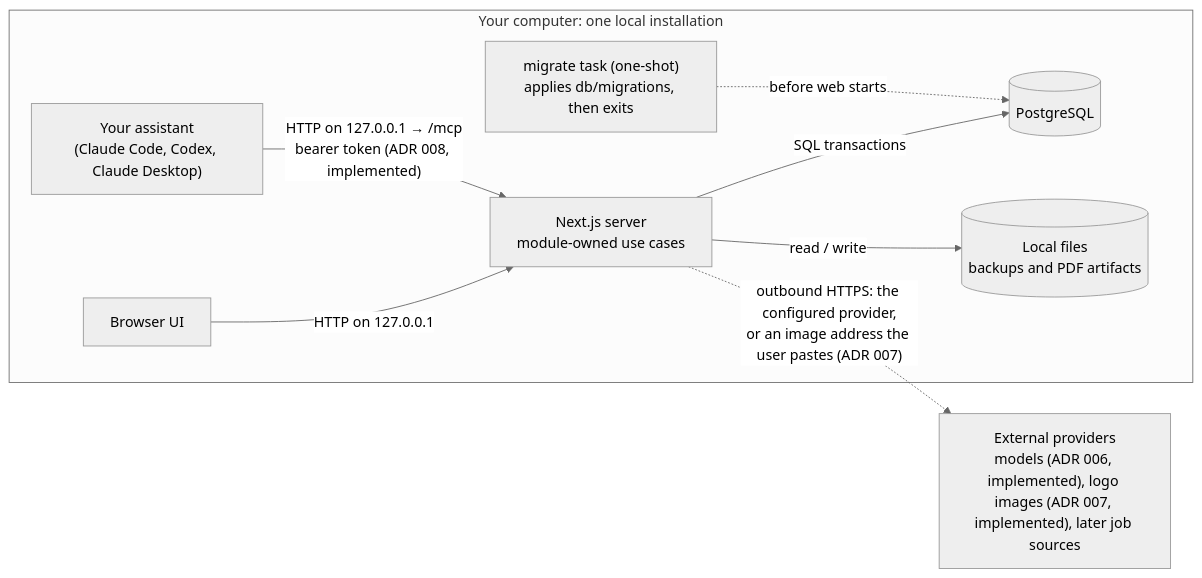
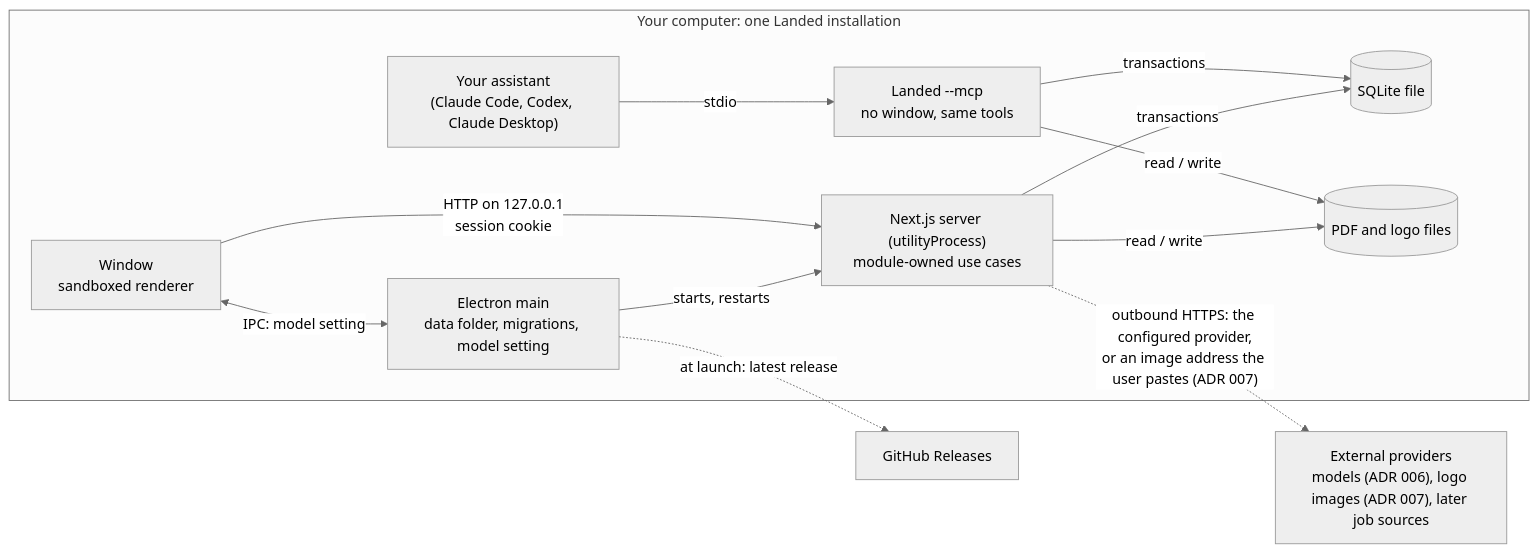
Before and after one commit to 3333444n/landed: the first of 2 diagrams in docs/03-system-and-modules.md, drawn with Mermaid (neutral theme). The commit also changed other lines of this file and 20 other files, not shown here.

Commit message:
docs: describe the desktop app, SQLite and stdio MCP as implemented

````diff
--- a/docs/03-system-and-modules.md
+++ b/docs/03-system-and-modules.md
@@ -15,11 +15,19 @@
 ```mermaid
 flowchart LR
-  subgraph local["Your computer: one local installation"]
-    browser["Browser UI"] -->|"HTTP on 127.0.0.1"| app["Next.js server<br/>module-owned use cases"]
-    assistant["Your assistant<br/>(Claude Code, Codex, Claude Desktop)"] -->|"HTTP on 127.0.0.1 → /mcp<br/>bearer token (ADR 008, implemented)"| app
-    app -->|"SQL transactions"| db[("PostgreSQL")]
-    app -->|"read / write"| files[("Local files<br/>backups and PDF artifacts")]
-    migrate["migrate task (one-shot)<br/>applies db/migrations, then exits"] -.->|"before web starts"| db
+  subgraph local["Your computer: one Landed installation"]
+    main["Electron main<br/>data folder, migrations, model setting"]
+    window["Window<br/>sandboxed renderer"]
+    app["Next.js server (utilityProcess)<br/>module-owned use cases"]
+    stdio["Landed --mcp<br/>no window, same tools"]
+    main -->|"starts, restarts"| app
+    window -->|"HTTP on 127.0.0.1<br/>session cookie"| app
+    window <-->|"IPC: model setting"| main
+    assistant["Your assistant<br/>(Claude Code, Codex, Claude Desktop)"] -->|"stdio"| stdio
+    app -->|"transactions"| db[("SQLite file")]
+    stdio -->|"transactions"| db
+    app -->|"read / write"| files[("PDF and logo files")]
+    stdio -->|"read / write"| files
   end
-  app -.->|"outbound HTTPS: the configured provider,<br/>or an image address the user pastes (ADR 007)"| providers["External providers<br/>models (ADR 006, implemented), logo images (ADR 007, implemented), later job sources"]
+  app -.->|"outbound HTTPS: the configured provider,<br/>or an image address the user pastes (ADR 007)"| providers["External providers<br/>models (ADR 006), logo images (ADR 007), later job sources"]
+  main -.->|"at launch: latest release"| github["GitHub Releases"]
 ```
````
